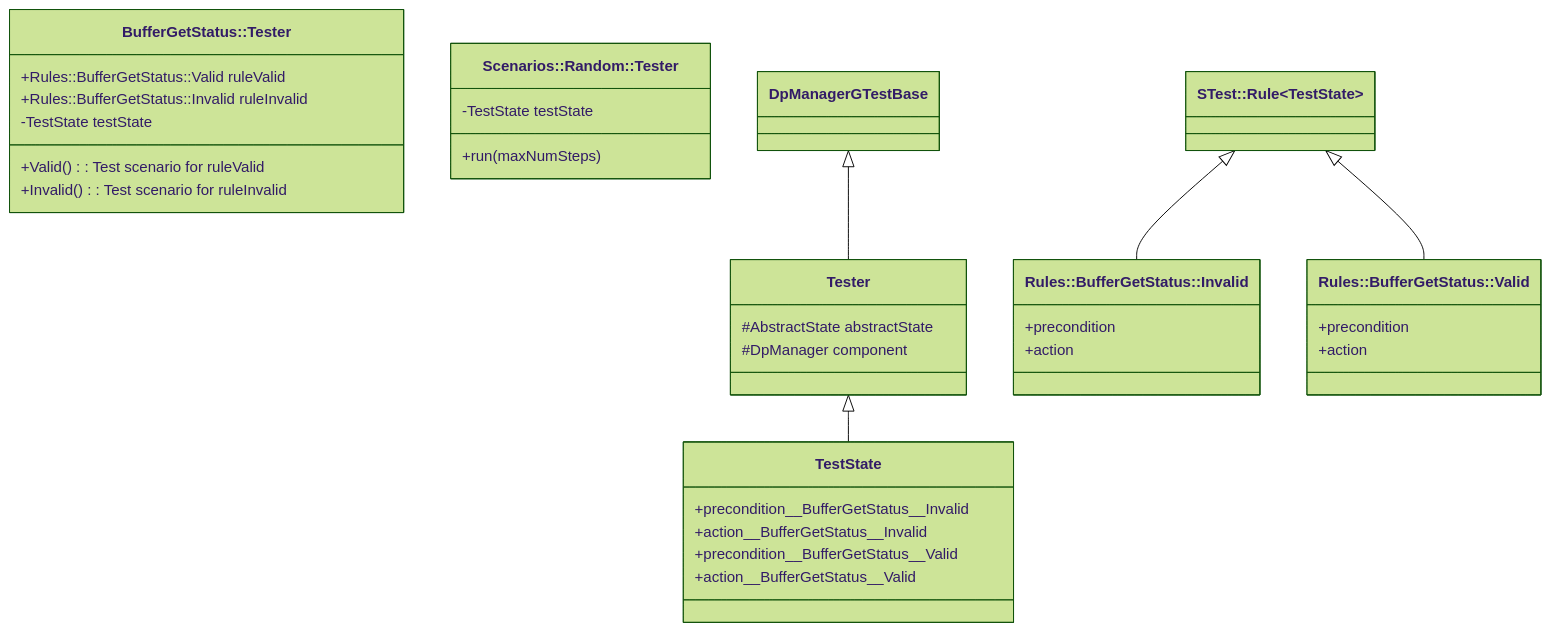
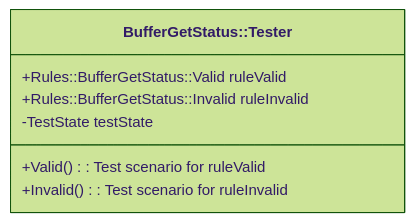
Before and after one commit to bocchino/fprime: the third of 4 diagrams in Svc/DpManager/test/ut/README.md, drawn with Mermaid (forest theme). The commit also changed other lines of this file, not shown here.

````diff
--- a/Svc/DpManager/test/ut/README.md
+++ b/Svc/DpManager/test/ut/README.md
@@ -230,36 +238,10 @@
 ```mermaid
 classDiagram
-    class Tester {
-        #AbstractState abstractState
-        #DpManager component
-    }
-    class TestState {
-        +precondition__BufferGetStatus__Invalid
-        +action__BufferGetStatus__Invalid
-        +precondition__BufferGetStatus__Valid
-        +action__BufferGetStatus__Valid
-    }
-    class `Rules::BufferGetStatus::Invalid` {
-        +precondition
-        +action
-    }
-    class `Rules::BufferGetStatus::Valid` {
-        +precondition
-        +action
-    }
     class `BufferGetStatus::Tester` {
         +Valid() : Test scenario for ruleValid
         +Invalid() : Test scenario for ruleInvalid
         +Rules::BufferGetStatus::Valid ruleValid
         +Rules::BufferGetStatus::Invalid ruleInvalid
         -TestState testState
     }
-    class `Scenarios::Random::Tester` {
-        +run(maxNumSteps)
-        -TestState testState
-    }
-    DpManagerGTestBase <|-- Tester
-    Tester <|-- TestState
-    `STest::Rule`~TestState~ <|-- `Rules::BufferGetStatus::Invalid`
-    `STest::Rule`~TestState~ <|-- `Rules::BufferGetStatus::Valid`
 ```
````
